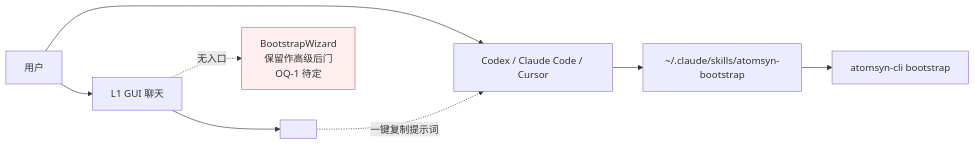
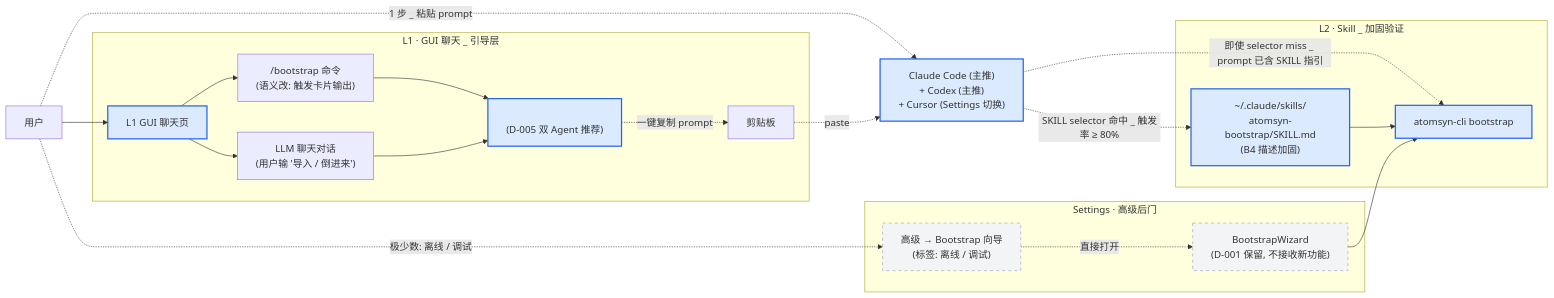
The second of 5 diagrams in openspec/changes/2026-04-chat-as-portal/design.md (lihuan6015-droid/Atomsyn), drawn with Mermaid before and after one commit. The commit also changed other lines of this file and 4 other files, not shown here.

````diff
--- a/openspec/changes/2026-04-chat-as-portal/design.md
+++ b/openspec/changes/2026-04-chat-as-portal/design.md
@@ -42,12 +59,37 @@
 ```mermaid
 graph LR
-  user[用户] --> l1[L1 GUI 聊天]
-  user --> external[Codex / Claude Code / Cursor]
-  l1 --> handoff[<ExternalAgentHandoffCard>]
-  handoff -.一键复制提示词.-> external
-  external --> skill[~/.claude/skills/atomsyn-bootstrap]
-  skill --> cli[atomsyn-cli bootstrap]
-  l1 -.无入口.-> wizard[BootstrapWizard<br/>保留作高级后门<br/>OQ-1 待定]
-  classDef removed fill:#fee,stroke:#c66
-  class wizard removed
+  user[用户] --> l1[L1 GUI 聊天页]
+
+  subgraph L1[L1 · GUI 聊天 _ 引导层]
+    l1 --> palette["/bootstrap 命令<br/>(语义改: 触发卡片输出)"]
+    l1 --> chat["LLM 聊天对话<br/>(用户输 '导入 / 倒进来')"]
+    palette --> handoff
+    chat --> handoff["<ExternalAgentHandoffCard><br/>(D-005 双 Agent 推荐)"]
+    handoff -. 一键复制 prompt .-> clipboard[剪贴板]
+  end
+
+  user -. 1 步 _ 粘贴 prompt .-> external["Claude Code (主推)<br/>+ Codex (主推)<br/>+ Cursor (Settings 切换)"]
+  clipboard -. paste .-> external
+
+  subgraph L2[L2 · Skill _ 加固验证]
+    skill["~/.claude/skills/<br/>atomsyn-bootstrap/SKILL.md<br/>(B4 描述加固)"]
+    cli[atomsyn-cli bootstrap]
+  end
+
+  external -. SKILL selector 命中 _ 触发率 ≥ 80% .-> skill
+  external -. 即使 selector miss _ prompt 已含 SKILL 指引 .-> cli
+  skill --> cli
+
+  subgraph Settings[Settings · 高级后门]
+    advsettings["高级 → Bootstrap 向导<br/>(标签: 离线 / 调试)"]
+    advsettings -. 直接打开 .-> wizard["BootstrapWizard<br/>(D-001 保留, 不接收新功能)"]
+    wizard --> cli
+  end
+
+  user -. 极少数: 离线 / 调试 .-> advsettings
+
+  classDef primary fill:#dbeafe,stroke:#2563eb,stroke-width:2px
+  classDef backdoor fill:#f3f4f6,stroke:#9ca3af,stroke-dasharray:5 5
+  class l1,handoff,external,skill,cli primary
+  class advsettings,wizard backdoor
 ```
````
